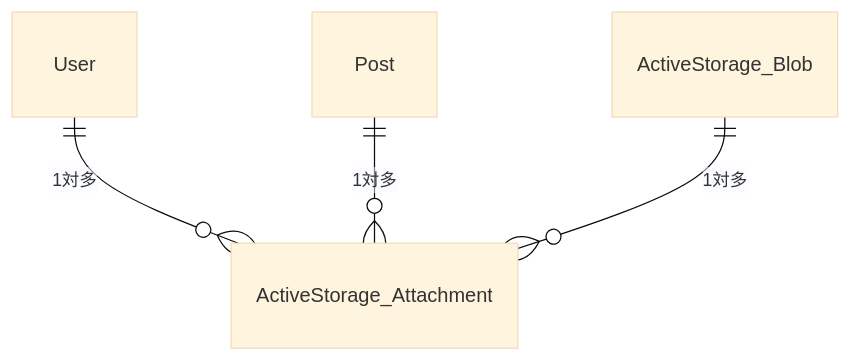
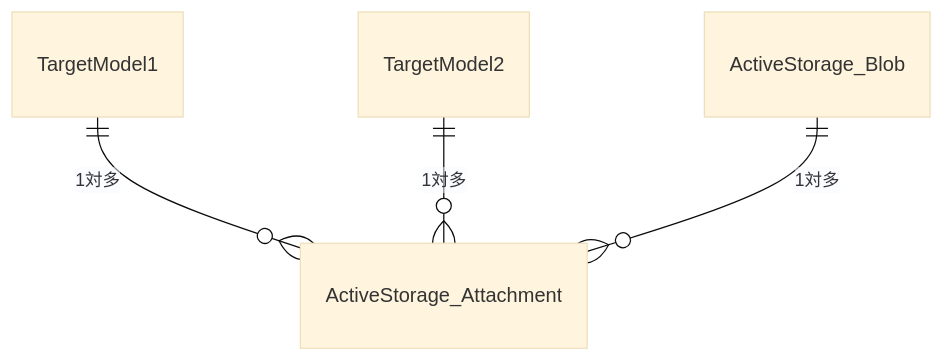
Before and after one commit to tamashiro-syuta/rails_active_storage_sample: the diagram in active_storage.md, drawn with Mermaid (base theme). The commit also changed other lines of this file and 1 other file, not shown here.

Commit message:
📝 ER図や解説をREADMEへ移設

````diff
--- a/active_storage.md
+++ b/active_storage.md
@@ -1,8 +14,8 @@
 ```mermaid
 
 erDiagram
-  User ||--o{ ActiveStorage_Attachment : "1対多"
-  Post ||--o{ ActiveStorage_Attachment: "1対多"
+  TargetModel1 ||--o{ ActiveStorage_Attachment : "1対多"
+  TargetModel2  ||--o{ ActiveStorage_Attachment: "1対多"
   ActiveStorage_Blob ||--o{ ActiveStorage_Attachment: "1対多"
 
 ```
````
